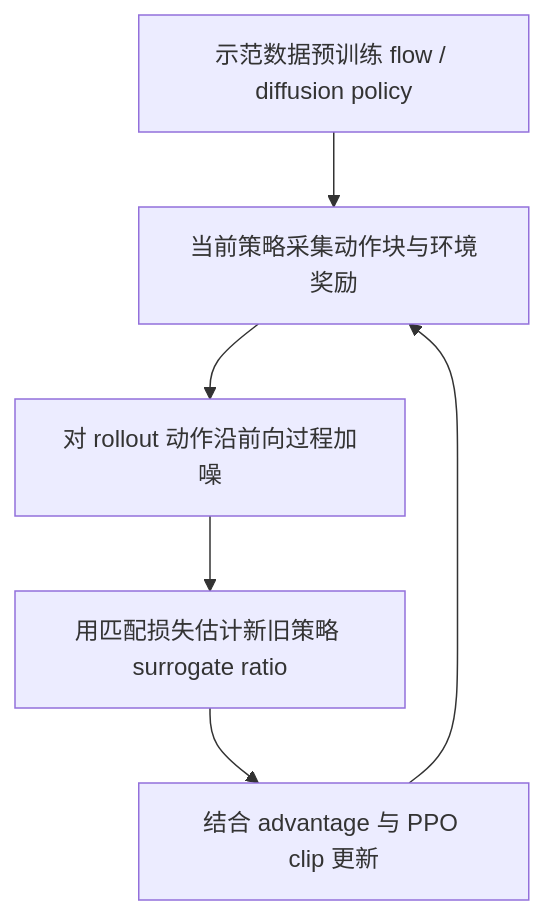
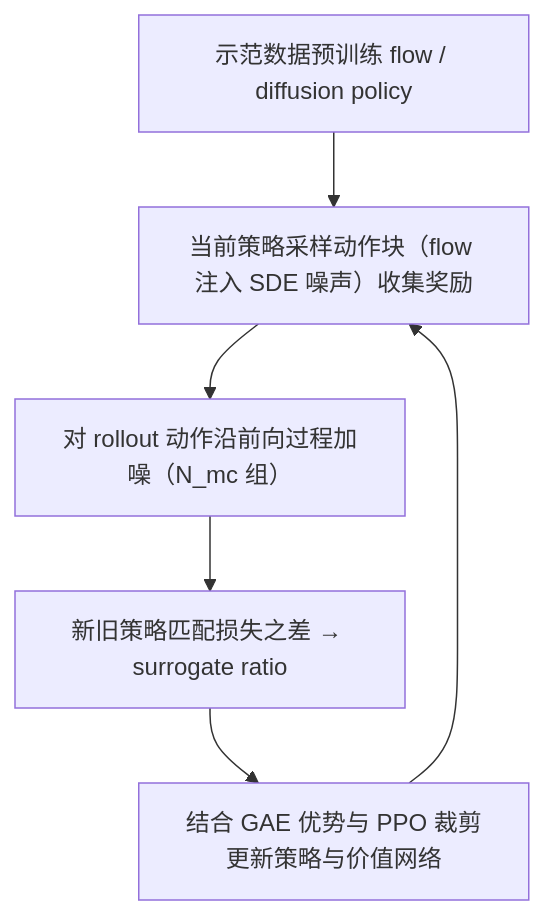
One commit to ImChong/Robotics_Notebooks changed the first of 2 diagrams in wiki/entities/paper-robofft.md. Above: the diagram before and after it, drawn with Mermaid. The commit also changed other lines of this file and 196 other files, not shown here.

````diff
--- a/wiki/entities/paper-robofft.md
+++ b/wiki/entities/paper-robofft.md
@@ -57,8 +71,8 @@
 ```mermaid
 flowchart TD
-  A["示范数据预训练 flow / diffusion policy"] --> B["当前策略采集动作块与环境奖励"]
-  B --> C["对 rollout 动作沿前向过程加噪"]
-  C --> D["用匹配损失估计新旧策略 surrogate ratio"]
-  D --> E["结合 advantage 与 PPO clip 更新"]
+  A["示范数据预训练 flow / diffusion policy"] --> B["当前策略采样动作块（flow 注入 SDE 噪声）收集奖励"]
+  B --> C["对 rollout 动作沿前向过程加噪（N_mc 组）"]
+  C --> D["新旧策略匹配损失之差 → surrogate ratio"]
+  D --> E["结合 GAE 优势与 PPO 裁剪更新策略与价值网络"]
   E --> B
 ```
````
